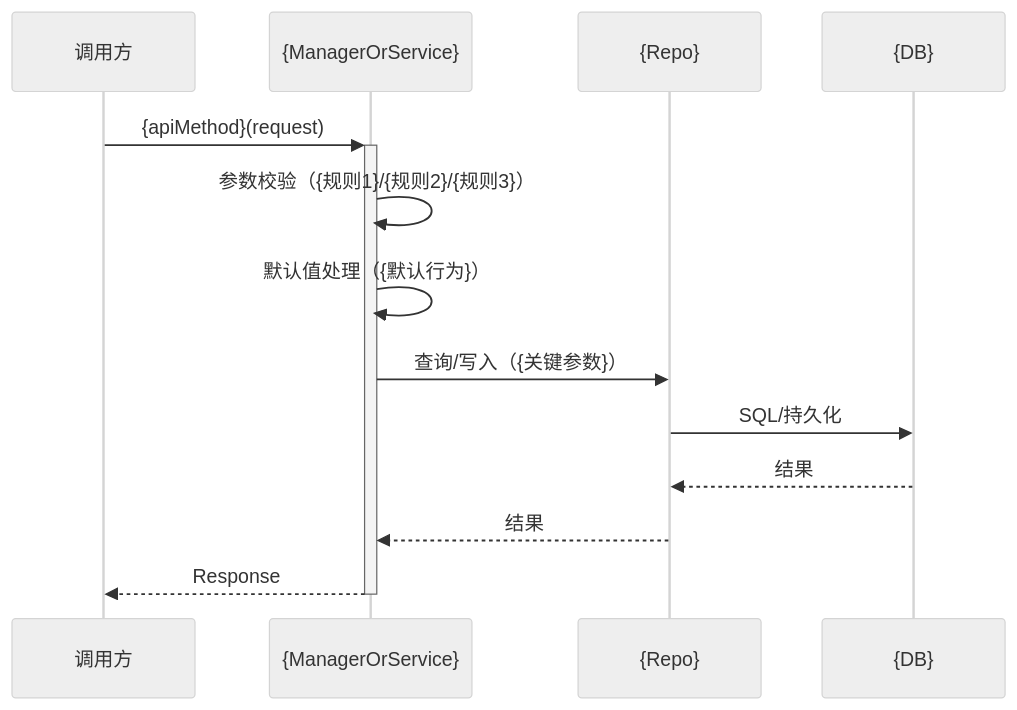
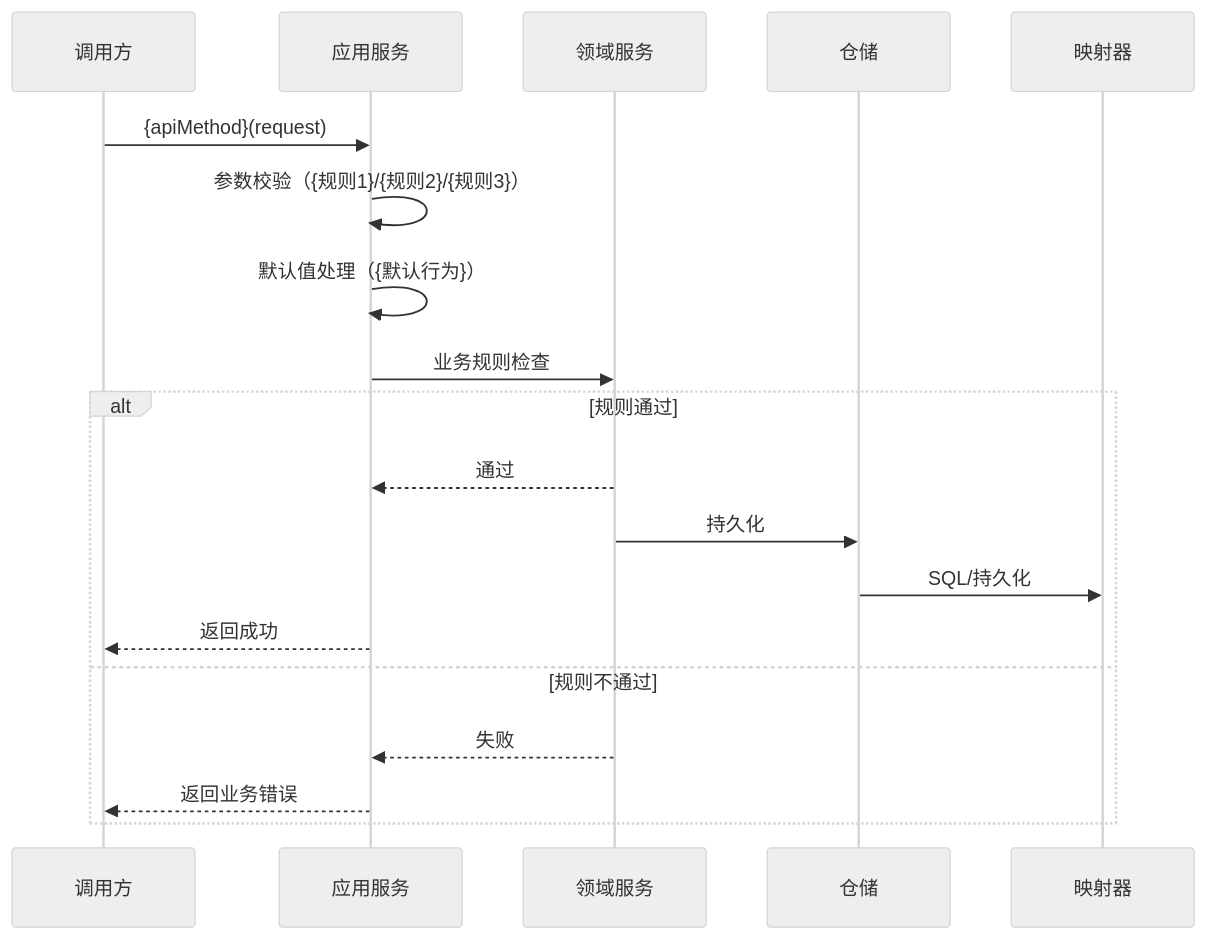
The diagram in agent/skills/sdx-design/assets/dsd-spec-template.md (oleewen/ai-knowledge), drawn with Mermaid (neutral theme) before and after one commit. The commit also changed other lines of this file, not shown here.

Commit message:
docs(sdx-design): 更新 dsd-spec-template.md 以增强业务逻辑与清晰度
- 修改序列图中的参与者名称，提升可读性与准确性。
- 增加业务规则检查的逻辑分支，明确成功与失败的返回路径。
- 更新章节标题以统一格式，确保文档结构的一致性。

````diff
--- a/agent/skills/sdx-design/assets/dsd-spec-template.md
+++ b/agent/skills/sdx-design/assets/dsd-spec-template.md
@@ -74,16 +74,22 @@
 ```mermaid
 sequenceDiagram
     participant caller as 调用方
-    participant svc as {ManagerOrService}
-    participant repo as {Repo}
-    participant db as {DB}
+    participant service as 应用服务
+    participant domain as 领域服务
+    participant repo as 仓储
+    participant db as 映射器
 
-    caller->>+svc: {apiMethod}(request)
-    svc->>svc: 参数校验（{规则1}/{规则2}/{规则3}）
-    svc->>svc: 默认值处理（{默认行为}）
-    svc->>repo: 查询/写入（{关键参数}）
-    repo->>db: SQL/持久化
-    db-->>repo: 结果
-    repo-->>svc: 结果
-    svc-->>-caller: Response
+    caller->>service: {apiMethod}(request)
+    service->>service: 参数校验（{规则1}/{规则2}/{规则3}）
+    service->>service: 默认值处理（{默认行为}）
+    service->>domain: 业务规则检查
+    alt 规则通过
+        domain-->>service: 通过
+        domain->>repo: 持久化
+        repo->>db: SQL/持久化
+        service-->>caller: 返回成功
+    else 规则不通过
+        domain-->>service: 失败
+        service-->>caller: 返回业务错误
+    end
 ```
````
